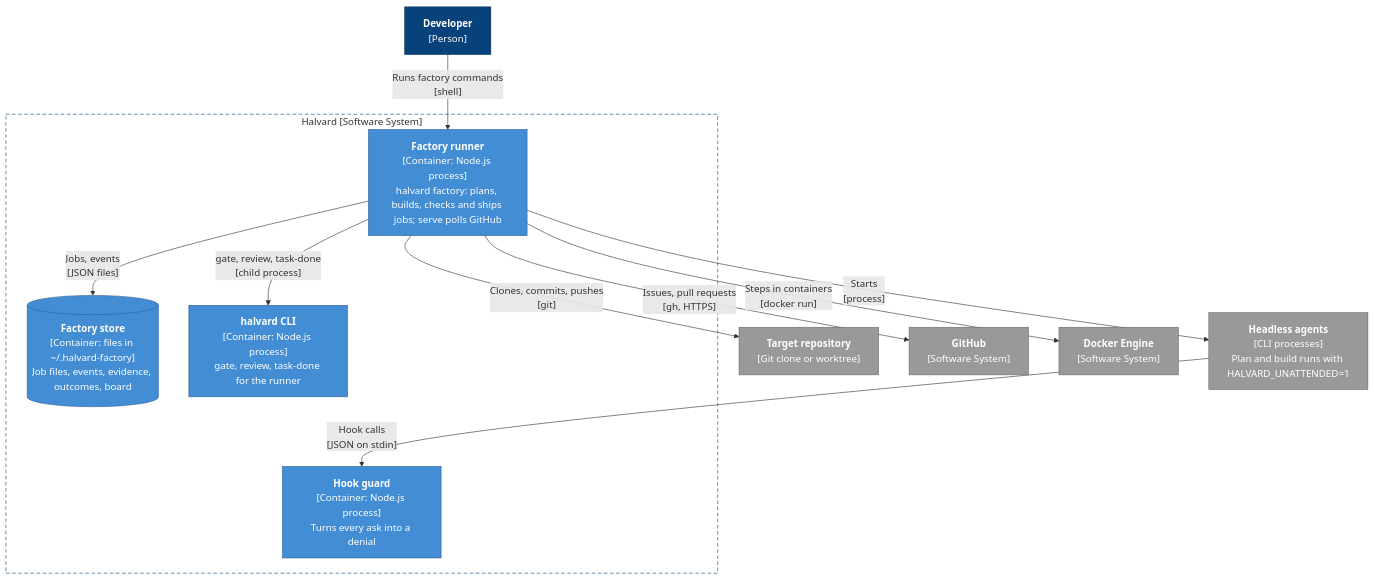
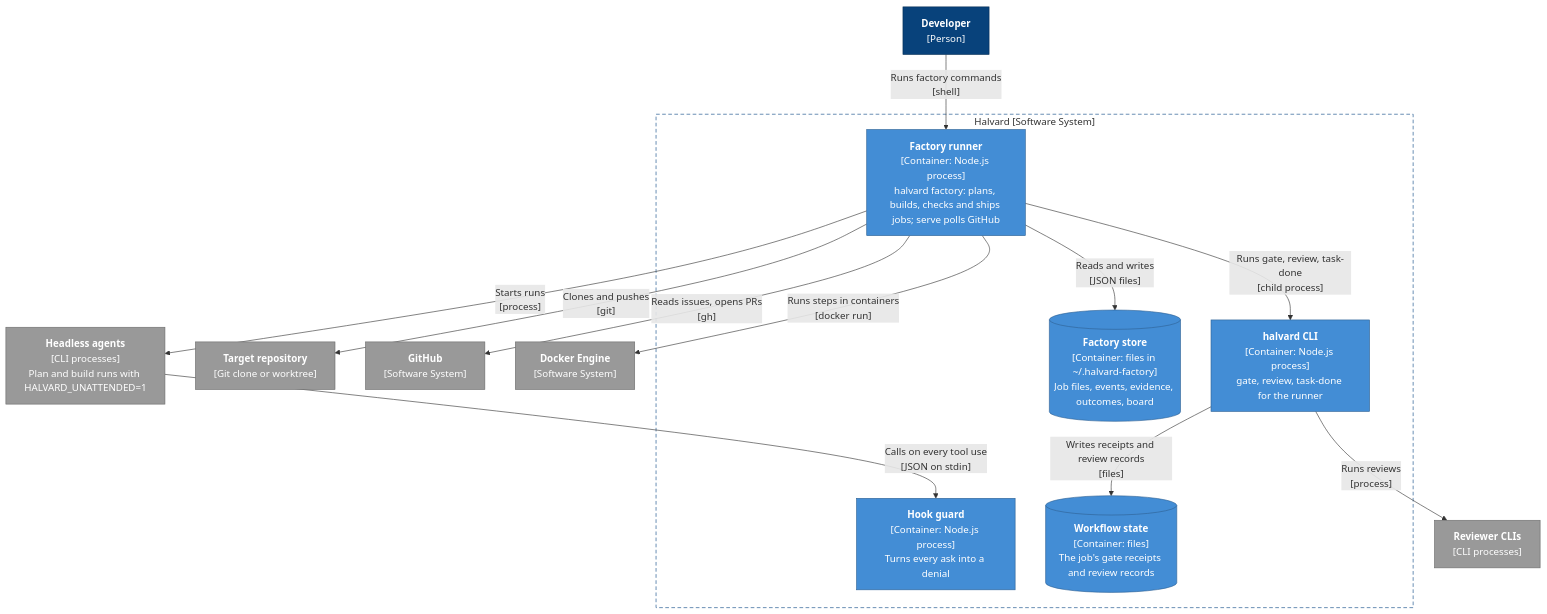
The third of 7 diagrams in docs/architecture.md (ghulando/halvard), drawn with Mermaid before and after one commit. The commit also changed other lines of this file and 1 other file, not shown here.

First line of the commit message:
Correct the architecture document after review

````diff
--- a/docs/architecture.md
+++ b/docs/architecture.md
@@ -109,32 +110,36 @@
 ```mermaid
 flowchart TB
     dev["<b>Developer</b><br/>[Person]"]
-    headless["<b>Headless agents</b><br/>[CLI processes]<br/>Plan and build runs with HALVARD_UNATTENDED=1"]
     repo["<b>Target repository</b><br/>[Git clone or worktree]"]
     github["<b>GitHub</b><br/>[Software System]"]
     docker["<b>Docker Engine</b><br/>[Software System]"]
+    reviewers["<b>Reviewer CLIs</b><br/>[CLI processes]"]
+    headless["<b>Headless agents</b><br/>[CLI processes]<br/>Plan and build runs with HALVARD_UNATTENDED=1"]
 
     subgraph halvard["Halvard [Software System]"]
         factory["<b>Factory runner</b><br/>[Container: Node.js process]<br/>halvard factory: plans, builds, checks and ships jobs; serve polls GitHub"]
         jobs[("<b>Factory store</b><br/>[Container: files in ~/.halvard-factory]<br/>Job files, events, evidence, outcomes, board")]
         cli["<b>halvard CLI</b><br/>[Container: Node.js process]<br/>gate, review, task-done for the runner"]
         hook["<b>Hook guard</b><br/>[Container: Node.js process]<br/>Turns every ask into a denial"]
+        state[("<b>Workflow state</b><br/>[Container: files]<br/>The job's gate receipts and review records")]
     end
 
     dev -- "Runs factory commands<br/>[shell]" --> factory
-    factory -- "Jobs, events<br/>[JSON files]" --> jobs
-    factory -- "Starts<br/>[process]" --> headless
-    headless -- "Hook calls<br/>[JSON on stdin]" --> hook
-    factory -- "gate, review, task-done<br/>[child process]" --> cli
-    factory -- "Clones, commits, pushes<br/>[git]" --> repo
-    factory -- "Issues, pull requests<br/>[gh, HTTPS]" --> github
-    factory -- "Steps in containers<br/>[docker run]" --> docker
+    factory -- "Reads and writes<br/>[JSON files]" --> jobs
+    headless -- "Calls on every tool use<br/>[JSON on stdin]" --> hook
+    factory -- "Runs gate, review, task-done<br/>[child process]" --> cli
+    cli -- "Writes receipts and review records<br/>[files]" --> state
+    cli -- "Runs reviews<br/>[process]" --> reviewers
+    factory -- "Clones and pushes<br/>[git]" --> repo
+    factory -- "Reads issues, opens PRs<br/>[gh]" --> github
+    factory -- "Runs steps in containers<br/>[docker run]" --> docker
+    factory -- "Starts runs<br/>[process]" --> headless
 
     classDef person fill:#08427b,stroke:#052e56,color:#ffffff
     classDef container fill:#438dd5,stroke:#2e6295,color:#ffffff
     classDef external fill:#999999,stroke:#6b6b6b,color:#ffffff
     class dev person
-    class factory,jobs,cli,hook container
-    class headless,repo,github,docker external
+    class factory,jobs,cli,hook,state container
+    class headless,repo,github,docker,reviewers external
     style halvard fill:none,stroke:#0b4884,stroke-dasharray:6 4
 ```
````
